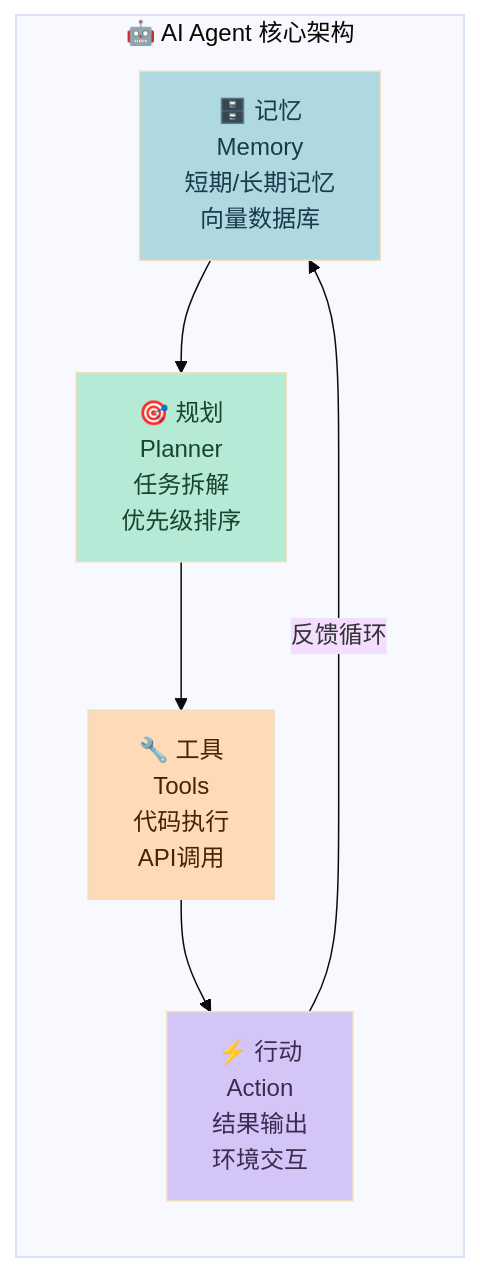
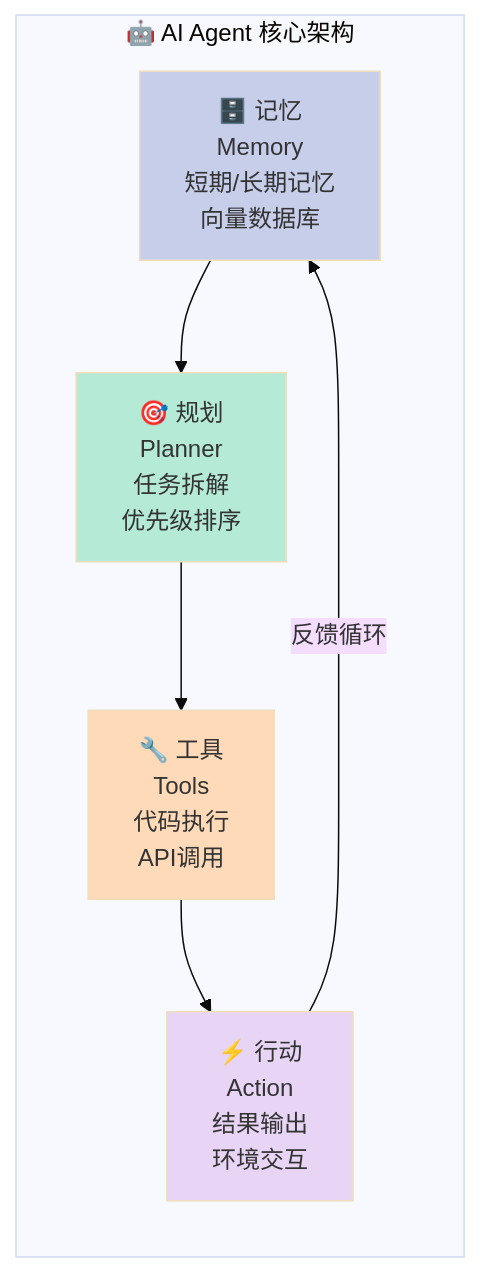
The second of 5 diagrams in source/_posts/2026-04-14-ai-agent-principles-and-practice.md (xuqi2024/xuqi2024.github.io), drawn with Mermaid (base theme) before and after one commit. The commit also changed other lines of this file and 23 other files, not shown here.

````diff
--- a/source/_posts/2026-04-14-ai-agent-principles-and-practice.md
+++ b/source/_posts/2026-04-14-ai-agent-principles-and-practice.md
@@ -96,17 +97,17 @@
 ```mermaid
 graph LR
     subgraph Agent["🤖 AI Agent 核心架构"]
         M["🗄️ 记忆<br/>Memory<br/>短期/长期记忆<br/>向量数据库"]
         P["🎯 规划<br/>Planner<br/>任务拆解<br/>优先级排序"]
         T["🔧 工具<br/>Tools<br/>代码执行<br/>API调用"]
         A["⚡ 行动<br/>Action<br/>结果输出<br/>环境交互"]
     end
 
     M --> P --> T --> A
     A -->|"反馈循环"| M
 
-    style M fill:#AED9E0,color:#1A3A4A
-    style P fill:#B5EAD7,color:#1B4332
-    style T fill:#FFDAB9,color:#4A2200
-    style A fill:#D4C5F9,color:#3D2B4F
+    style M fill:#C7CEEA,color:#333
+    style P fill:#B5EAD7,color:#333
+    style T fill:#FFDAB9,color:#333
+    style A fill:#E8D5F5,color:#333
 ```
````
